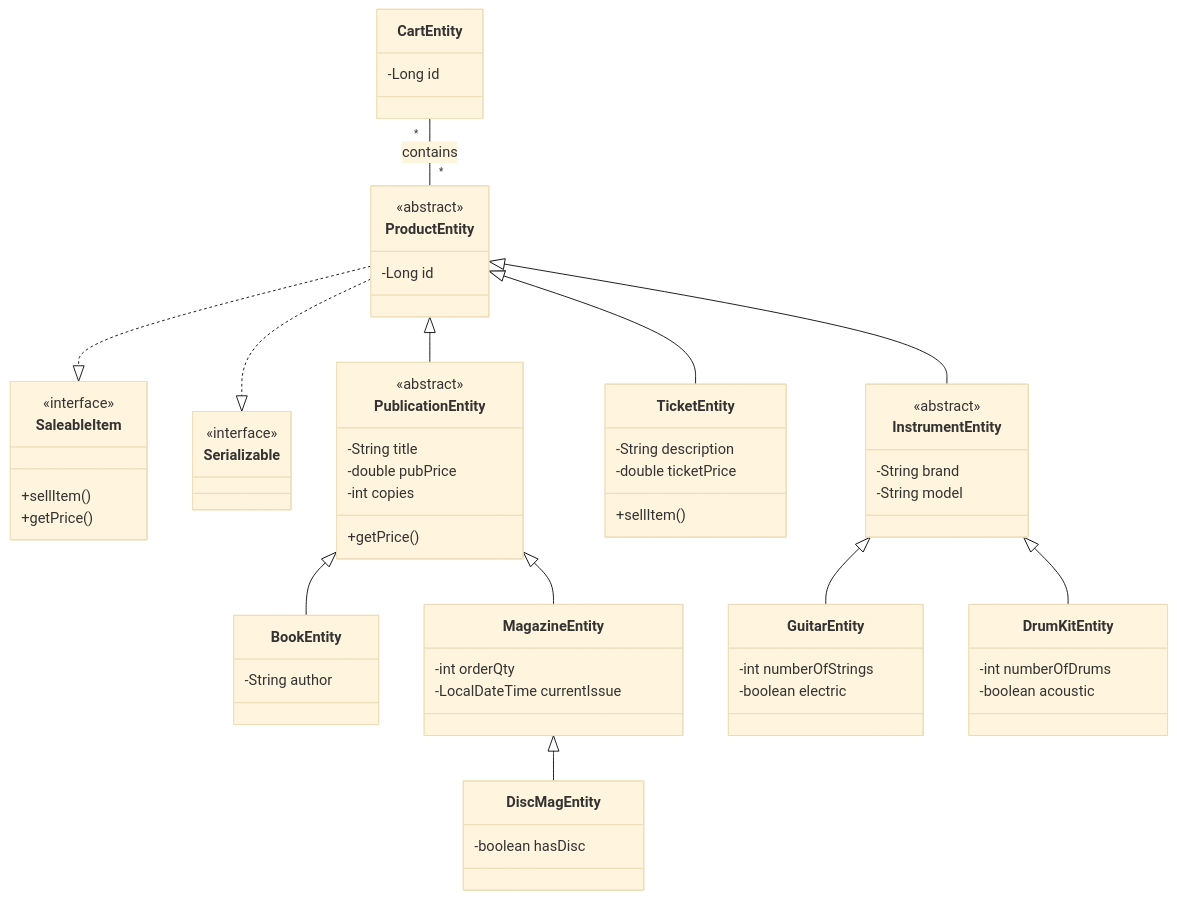
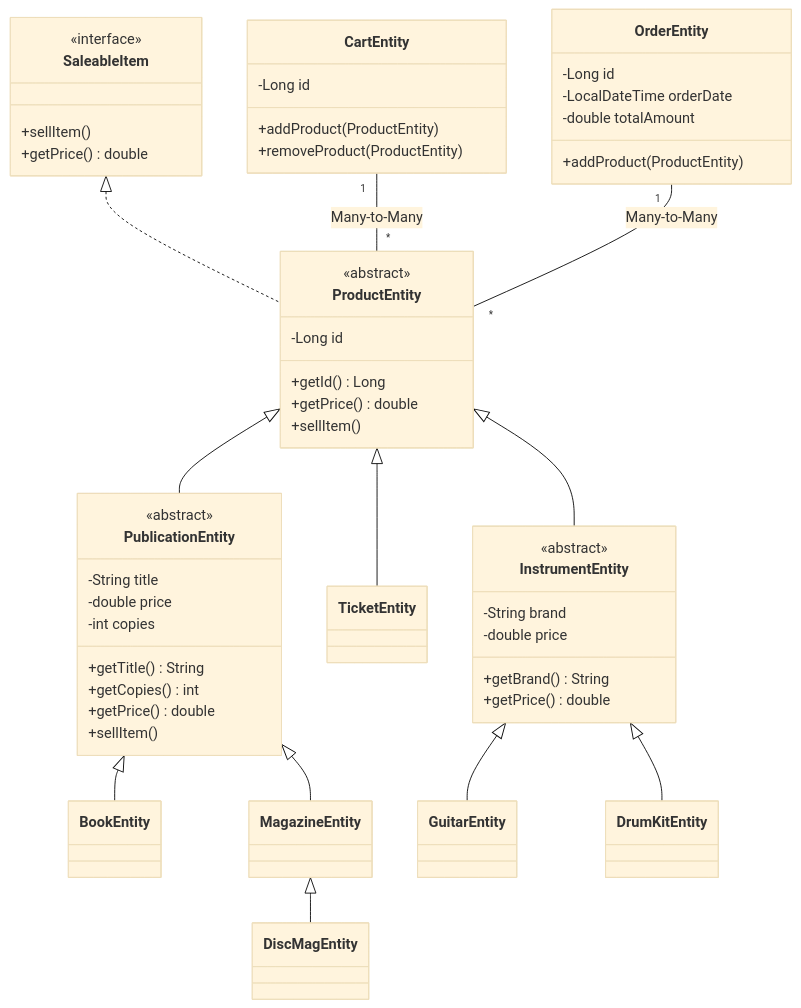
One commit to danielnaranjo86/csd230_w26.lab1.VictorDanielNaranjo changed the diagram in documentation/bookstore.f25-2025-11-17-211001.mmd. Above: the diagram before and after it, drawn with Mermaid (base theme). The commit also changed 8 other files, not shown here.

```diff
--- a/documentation/bookstore.f25-2025-11-17-211001.mmd
+++ b/documentation/bookstore.f25-2025-11-17-211001.mmd
@@ -1,88 +1,80 @@
 classDiagram
+    direction TB
 
-%% ===== Interfaces =====
+%% =======================
+%% Core domain interfaces
+%% =======================
     class SaleableItem {
         <<interface>>
         +sellItem()
-        +getPrice()
+        +getPrice() double
     }
 
-    class Serializable {
-        <<interface>>
-    }
-
-%% ===== Core Product Hierarchy =====
+%% =======================
+%% Entities (JPA Layer)
+%% =======================
     class ProductEntity {
         <<abstract>>
         -Long id
+        +getId() Long
+        +getPrice() double
+        +sellItem()
     }
-
-    ProductEntity ..|> SaleableItem
-    ProductEntity ..|> Serializable
 
     class PublicationEntity {
         <<abstract>>
         -String title
-        -double pubPrice
+        -double price
         -int copies
-        +getPrice()
-    }
-
-    ProductEntity <|-- PublicationEntity
-
-    class BookEntity {
-        -String author
-    }
-
-    PublicationEntity <|-- BookEntity
-
-    class MagazineEntity {
-        -int orderQty
-        -LocalDateTime currentIssue
-    }
-
-    PublicationEntity <|-- MagazineEntity
-
-    class DiscMagEntity {
-        -boolean hasDisc
-    }
-
-    MagazineEntity <|-- DiscMagEntity
-
-    class TicketEntity {
-        -String description
-        -double ticketPrice
+        +getTitle() String
+        +getCopies() int
+        +getPrice() double
         +sellItem()
     }
 
-    ProductEntity <|-- TicketEntity
+    class BookEntity
+    class MagazineEntity
+    class DiscMagEntity
+    class TicketEntity
 
-%% ===== Cart (Many-to-Many) =====
-    class CartEntity {
-        -Long id
-    }
-
-    CartEntity "*" -- "*" ProductEntity : contains
-
-%% ===== Niche: Musical Instruments =====
     class InstrumentEntity {
         <<abstract>>
         -String brand
-        -String model
+        -double price
+        +getBrand() String
+        +getPrice() double
     }
 
-    ProductEntity <|-- InstrumentEntity
+    class GuitarEntity
+    class DrumKitEntity
 
-    class GuitarEntity {
-        -int numberOfStrings
-        -boolean electric
+    class CartEntity {
+        -Long id
+        +addProduct(ProductEntity)
+        +removeProduct(ProductEntity)
     }
 
-    InstrumentEntity <|-- GuitarEntity
-
-    class DrumKitEntity {
-        -int numberOfDrums
-        -boolean acoustic
+    class OrderEntity {
+        -Long id
+        -LocalDateTime orderDate
+        -double totalAmount
+        +addProduct(ProductEntity)
     }
 
+%% =======================
+%% Relationships
+%% =======================
+    SaleableItem <|.. ProductEntity
+
+    ProductEntity <|-- PublicationEntity
+    PublicationEntity <|-- BookEntity
+    PublicationEntity <|-- MagazineEntity
+    MagazineEntity <|-- DiscMagEntity
+
+    ProductEntity <|-- TicketEntity
+    ProductEntity <|-- InstrumentEntity
+    InstrumentEntity <|-- GuitarEntity
     InstrumentEntity <|-- DrumKitEntity
+
+    CartEntity "1" -- "*" ProductEntity : Many-to-Many
+    OrderEntity "1" -- "*" ProductEntity : Many-to-Many
```
